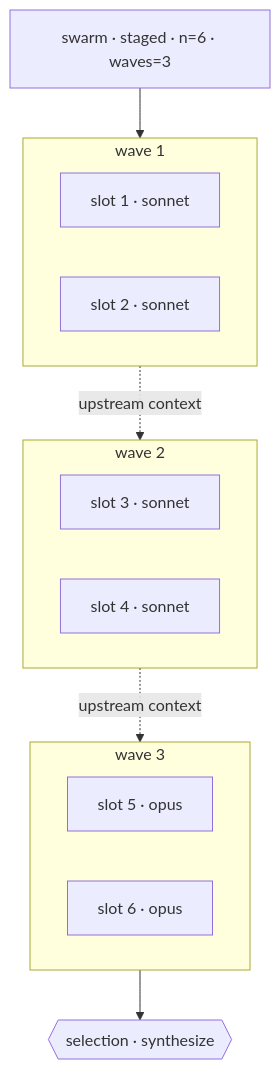
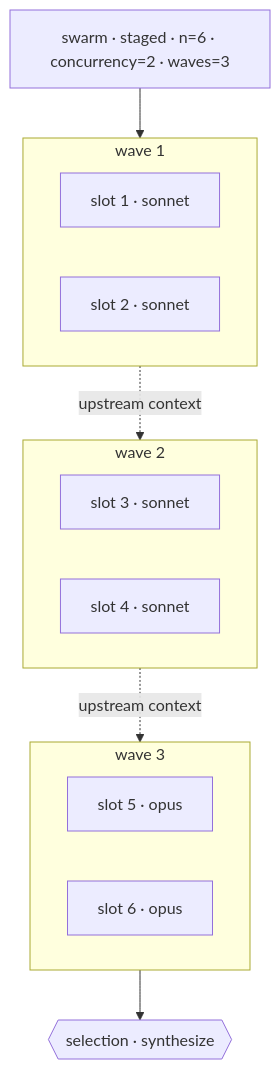
The third of 4 diagrams in ai-coding/plugins/orchestration/skills/agent-swarm/SKILL.md (yliapis/dotfiles), drawn with Mermaid before and after one commit. The commit also changed other lines of this file and 2 other files, not shown here.

First line of the commit message:
fix(agent-swarm): close topology gaps found by dry-running the contract

````diff
--- a/ai-coding/plugins/orchestration/skills/agent-swarm/SKILL.md
+++ b/ai-coding/plugins/orchestration/skills/agent-swarm/SKILL.md
@@ -210,20 +214,20 @@
 ```mermaid
 flowchart TD
-  S["swarm · staged · n=6 · waves=3"]
+  S["swarm · staged · n=6 · concurrency=2 · waves=3"]
   subgraph W1["wave 1"]
     A1["slot 1 · sonnet"]
     A2["slot 2 · sonnet"]
   end
   subgraph W2["wave 2"]
     A3["slot 3 · sonnet"]
     A4["slot 4 · sonnet"]
   end
   subgraph W3["wave 3"]
     A5["slot 5 · opus"]
     A6["slot 6 · opus"]
   end
   S --> W1
   W1 -. "upstream context" .-> W2
   W2 -. "upstream context" .-> W3
   W3 --> SEL{{"selection · synthesize"}}
 ```
````
